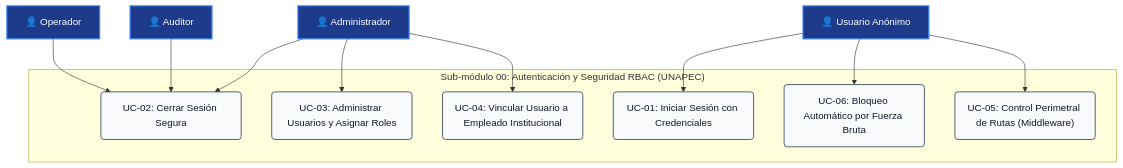
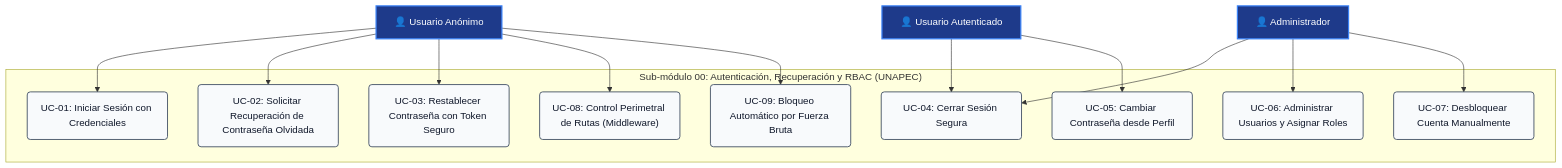
The first of 2 diagrams in specs/activos-fijos/00-autenticacion-rbac/requirements.md (JeremyJS20/activa_core), drawn with Mermaid before and after one commit. The commit also changed other lines of this file, not shown here.

Commit message:
docs(auth): add password recovery, reset, and account unlock requirements

````diff
--- a/specs/activos-fijos/00-autenticacion-rbac/requirements.md
+++ b/specs/activos-fijos/00-autenticacion-rbac/requirements.md
@@ -143,30 +217,34 @@
 ```mermaid
 graph TD
     classDef actorStyle fill:#1e3a8a,stroke:#3b82f6,stroke-width:2px,color:#ffffff;
     classDef useCaseStyle fill:#f8fafc,stroke:#475569,stroke-width:1.5px,color:#0f172a;
 
     Anon["👤 Usuario Anónimo"]:::actorStyle
+    UserAuth["👤 Usuario Autenticado"]:::actorStyle
     Admin["👤 Administrador"]:::actorStyle
-    Operador["👤 Operador"]:::actorStyle
-    Auditor["👤 Auditor"]:::actorStyle
 
-    subgraph ModuloSeguridad["Sub-módulo 00: Autenticación y Seguridad RBAC (UNAPEC)"]
+    subgraph ModuloSeguridad["Sub-módulo 00: Autenticación, Recuperación y RBAC (UNAPEC)"]
         UC1("UC-01: Iniciar Sesión con Credenciales"):::useCaseStyle
-        UC2("UC-02: Cerrar Sesión Segura"):::useCaseStyle
-        UC3("UC-03: Administrar Usuarios y Asignar Roles"):::useCaseStyle
-        UC4("UC-04: Vincular Usuario a Empleado Institucional"):::useCaseStyle
-        UC5("UC-05: Control Perimetral de Rutas (Middleware)"):::useCaseStyle
-        UC6("UC-06: Bloqueo Automático por Fuerza Bruta"):::useCaseStyle
+        UC2("UC-02: Solicitar Recuperación de Contraseña Olvidada"):::useCaseStyle
+        UC3("UC-03: Restablecer Contraseña con Token Seguro"):::useCaseStyle
+        UC4("UC-04: Cerrar Sesión Segura"):::useCaseStyle
+        UC5("UC-05: Cambiar Contraseña desde Perfil"):::useCaseStyle
+        UC6("UC-06: Administrar Usuarios y Asignar Roles"):::useCaseStyle
+        UC7("UC-07: Desbloquear Cuenta Manualmente"):::useCaseStyle
+        UC8("UC-08: Control Perimetral de Rutas (Middleware)"):::useCaseStyle
+        UC9("UC-09: Bloqueo Automático por Fuerza Bruta"):::useCaseStyle
     end
 
     Anon --> UC1
-    Anon --> UC6
-    Anon --> UC5
+    Anon --> UC2
+    Anon --> UC3
+    Anon --> UC8
+    Anon --> UC9
 
-    Admin --> UC2
-    Admin --> UC3
+    UserAuth --> UC4
+    UserAuth --> UC5
+
     Admin --> UC4
-
-    Operador --> UC2
-    Auditor --> UC2
+    Admin --> UC6
+    Admin --> UC7
 ```
````
